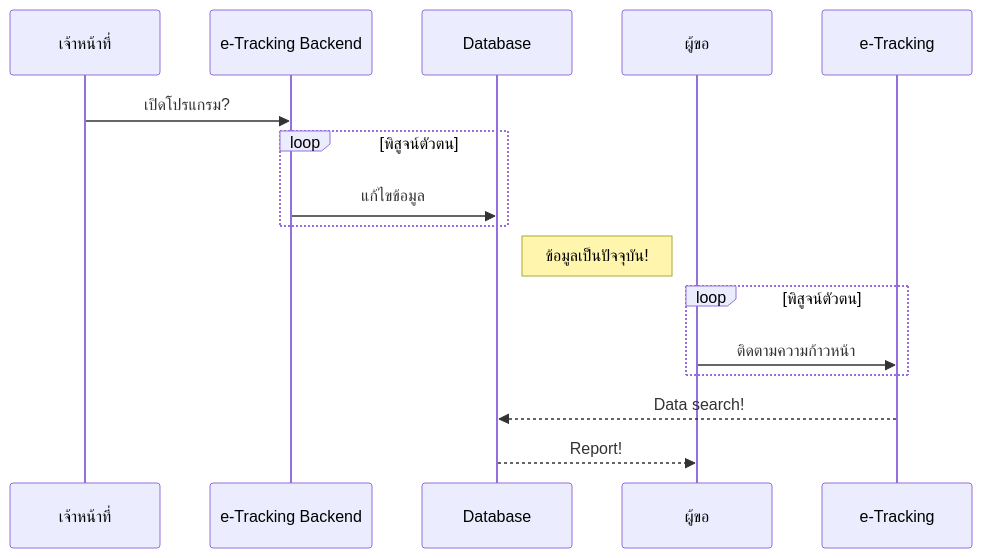
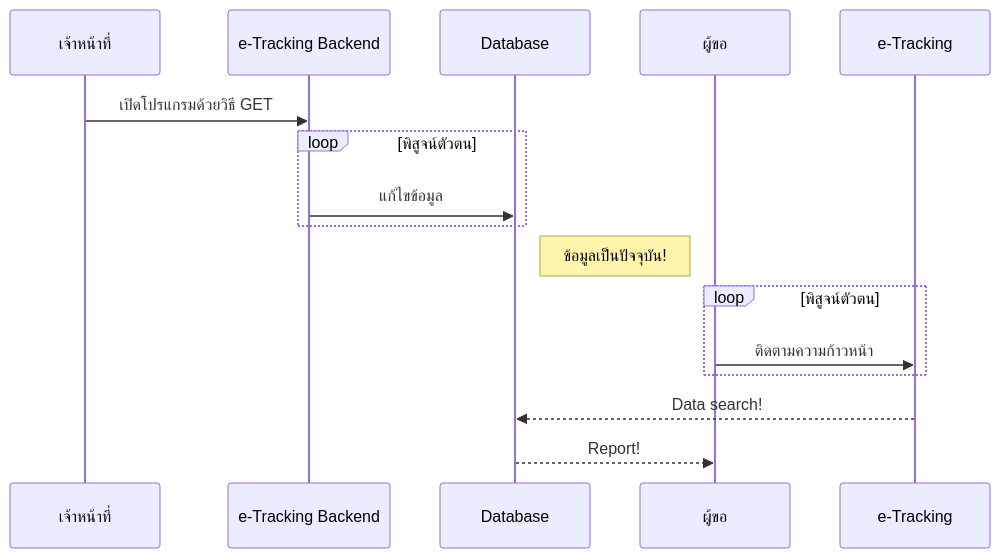
The second of 2 diagrams in README.md (Kietpawpan/e-tracking), drawn with Mermaid before and after one commit.

````diff
--- a/README.md
+++ b/README.md
@@ -28,13 +28,13 @@
 ```mermaid
 sequenceDiagram
-เจ้าหน้าที่->>e-Tracking Backend: เปิดโปรแกรม?
+เจ้าหน้าที่->>e-Tracking Backend: เปิดโปรแกรมด้วยวิธี GET
 loop พิสูจน์ตัวตน
     e-Tracking Backend->>Database: แก้ไขข้อมูล
 end
 Note right of Database: ข้อมูลเป็นปัจจุบัน!
 loop พิสูจน์ตัวตน
 ผู้ขอ->>e-Tracking: ติดตามความก้าวหน้า
 end
 e-Tracking-->>Database: Data search!
 Database-->>ผู้ขอ: Report!
 ```
````
